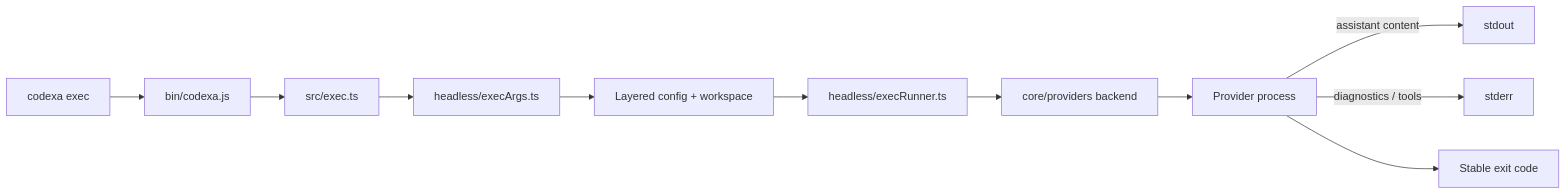
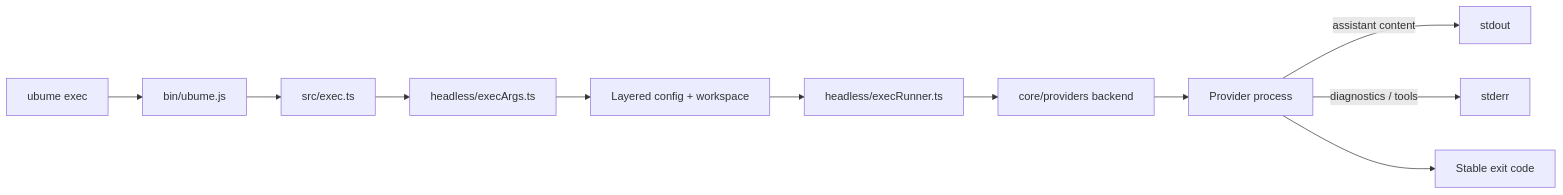
The fifth of 9 diagrams in docs/ARCHITECTURE.md (golba98/Ubume), drawn with Mermaid before and after one commit. The commit also changed other lines of this file and 188 other files, not shown here.

````diff
--- a/docs/ARCHITECTURE.md
+++ b/docs/ARCHITECTURE.md
@@ -152,13 +152,13 @@
 ```mermaid
 flowchart LR
-  CLI[codexa exec] --> Launcher[bin/codexa.js]
+  CLI[ubume exec] --> Launcher[bin/ubume.js]
   Launcher --> Entry[src/exec.ts]
   Entry --> Parse[headless/execArgs.ts]
   Parse --> Resolve[Layered config + workspace]
   Resolve --> Runner[headless/execRunner.ts]
   Runner --> Backend[core/providers backend]
   Backend --> Child[Provider process]
   Child -->|assistant content| Stdout[stdout]
   Child -->|diagnostics / tools| Stderr[stderr]
   Child --> Exit[Stable exit code]
 ```
````
